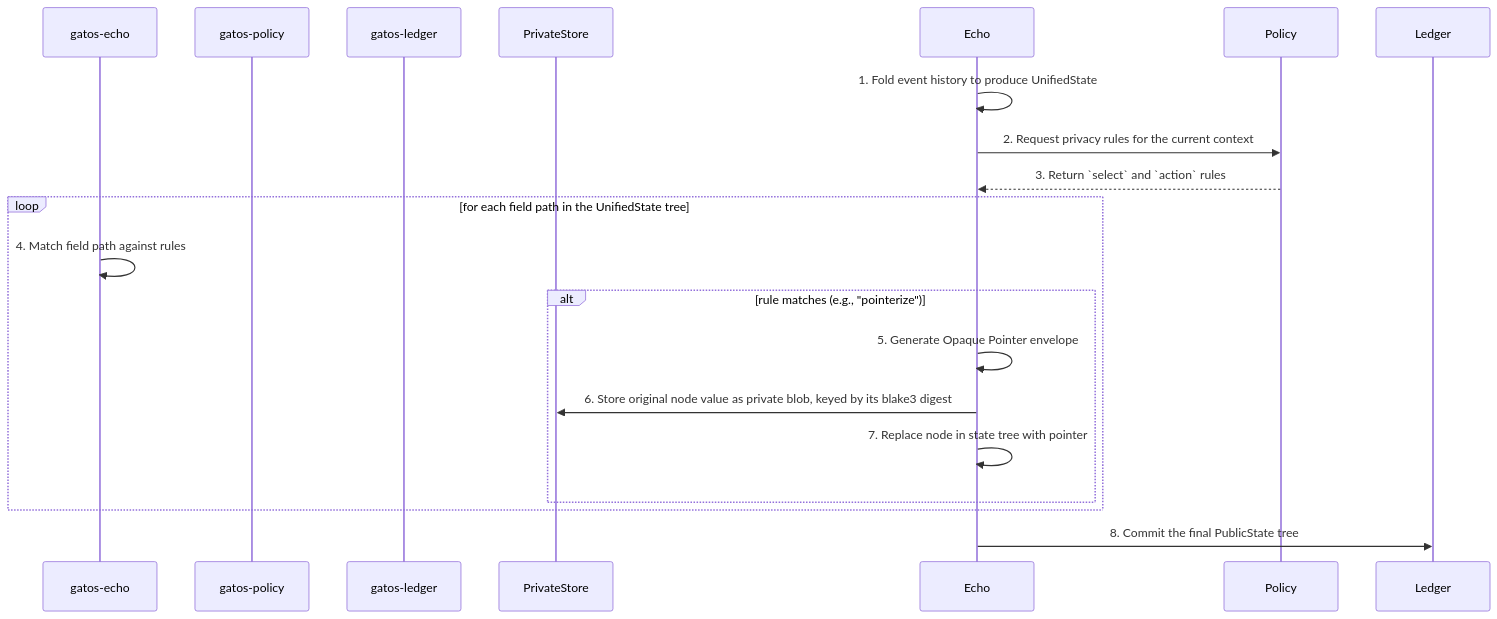
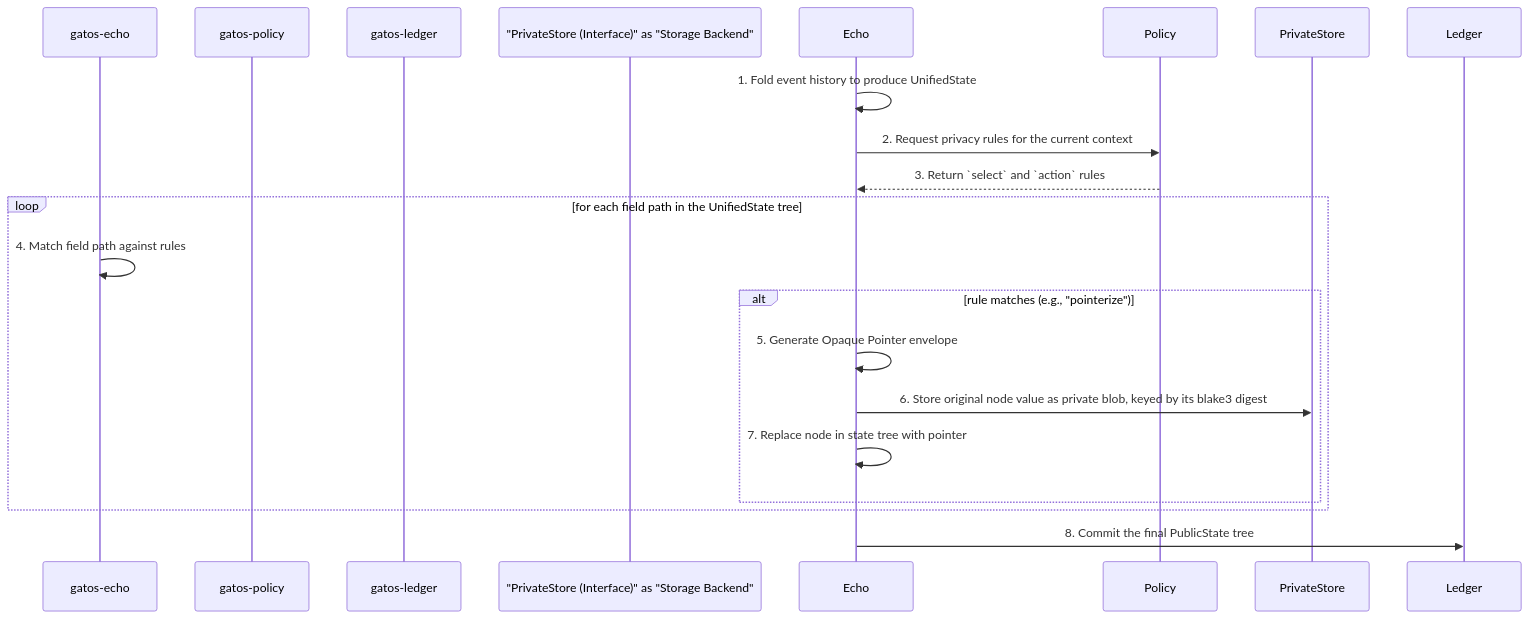
Before and after one commit to flyingrobots/gatos: the sixth of 16 diagrams in docs/TECH-SPEC.md, drawn with Mermaid.

Commit message:
docs: Clarify PrivateStore participant as interface in TECH-SPEC.md diagram

````diff
--- a/docs/TECH-SPEC.md
+++ b/docs/TECH-SPEC.md
@@ -173,20 +173,20 @@
 ```mermaid
 sequenceDiagram
     participant gatos-echo
     participant gatos-policy
     participant gatos-ledger
-    participant PrivateStore
+    participant "PrivateStore (Interface)" as "Storage Backend"
 
     Echo->>Echo: 1. Fold event history to produce UnifiedState
     Echo->>Policy: 2. Request privacy rules for the current context
     Policy-->>Echo: 3. Return `select` and `action` rules
 loop for each field path in the UnifiedState tree
         gatos-echo->>gatos-echo: 4. Match field path against rules
         alt rule matches (e.g., "pointerize")
             Echo->>Echo: 5. Generate Opaque Pointer envelope
             Echo->>PrivateStore: 6. Store original node value as private blob, keyed by its blake3 digest
             Echo->>Echo: 7. Replace node in state tree with pointer
         end
     end
     Echo->>Ledger: 8. Commit the final PublicState tree
 ```
````
